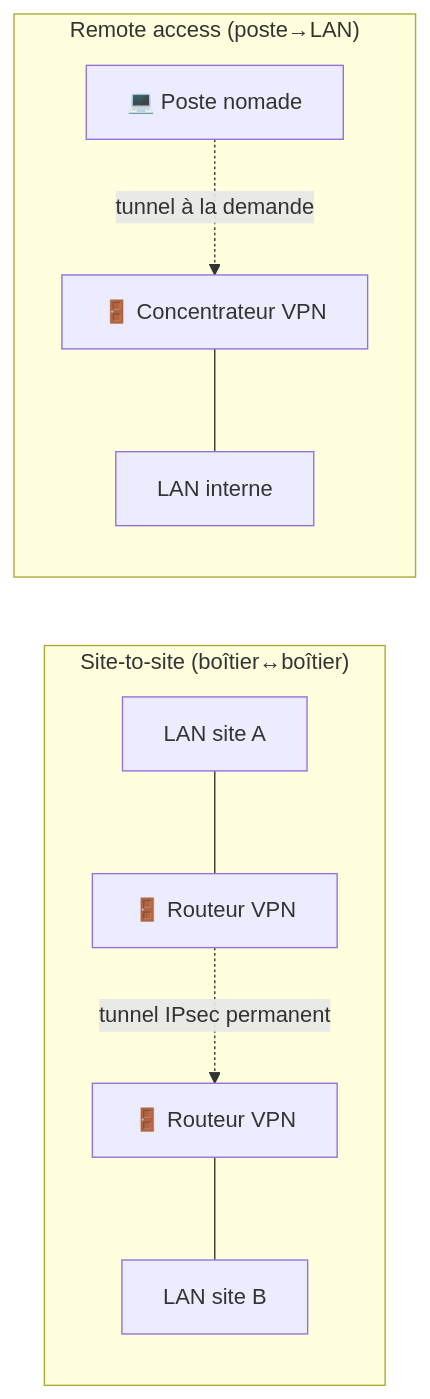
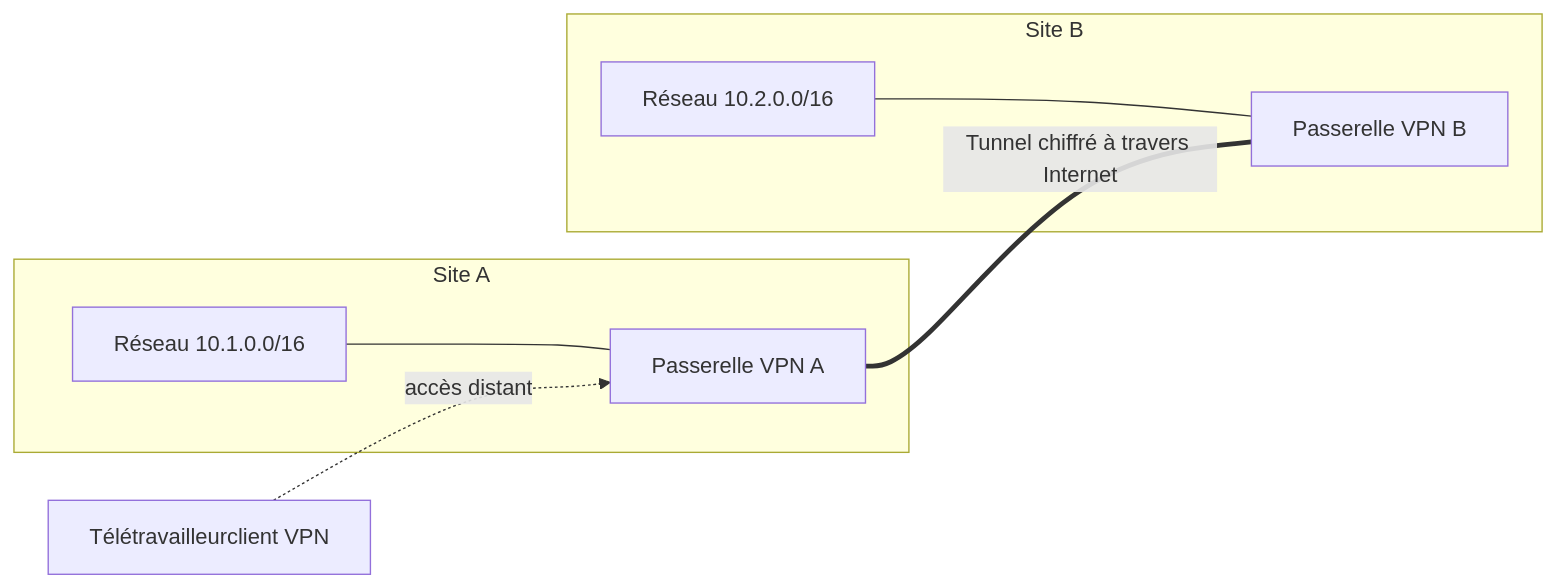
Diagram 11 of 16 in reseaux/cours-reseaux.md (efoures/docs-cours), drawn with Mermaid before and after one commit. The commit also changed other lines of this file, not shown here.

````diff
--- a/reseaux/cours-reseaux.md
+++ b/reseaux/cours-reseaux.md
@@ -1294,9 +884,11 @@
 ```mermaid
 flowchart LR
-    subgraph S2S["Site-to-site (boîtier↔boîtier)"]
-        SA["LAN site A"] --- GA["🚪 Routeur VPN"] -.->|"tunnel IPsec permanent"| GB["🚪 Routeur VPN"] --- SB["LAN site B"]
-    end
-    subgraph RA["Remote access (poste→LAN)"]
-        P["💻 Poste nomade"] -.->|"tunnel à la demande"| C["🚪 Concentrateur VPN"] --- LI["LAN interne"]
-    end
+  subgraph SA["Site A"]
+    LA["Réseau 10.1.0.0/16"] --- GA["Passerelle VPN A"]
+  end
+  subgraph SB["Site B"]
+    LB["Réseau 10.2.0.0/16"] --- GB["Passerelle VPN B"]
+  end
+  GA ===|"Tunnel chiffré à travers Internet"| GB
+  N["Télétravailleurclient VPN"] -.->|"accès distant"| GA
 ```
````
